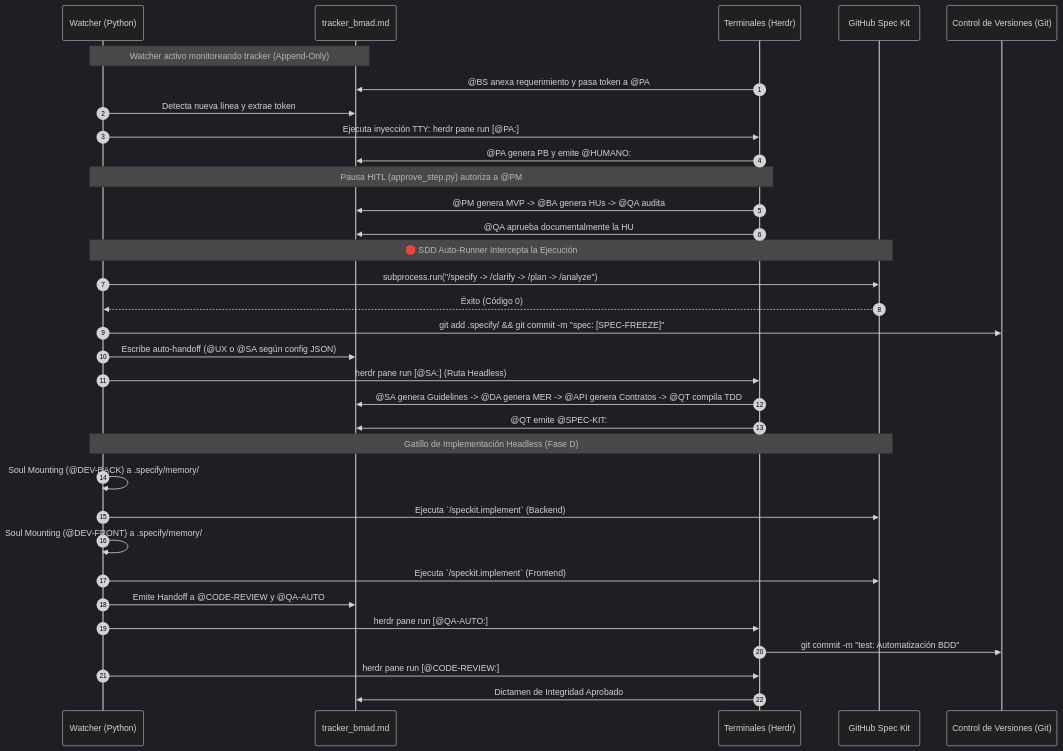
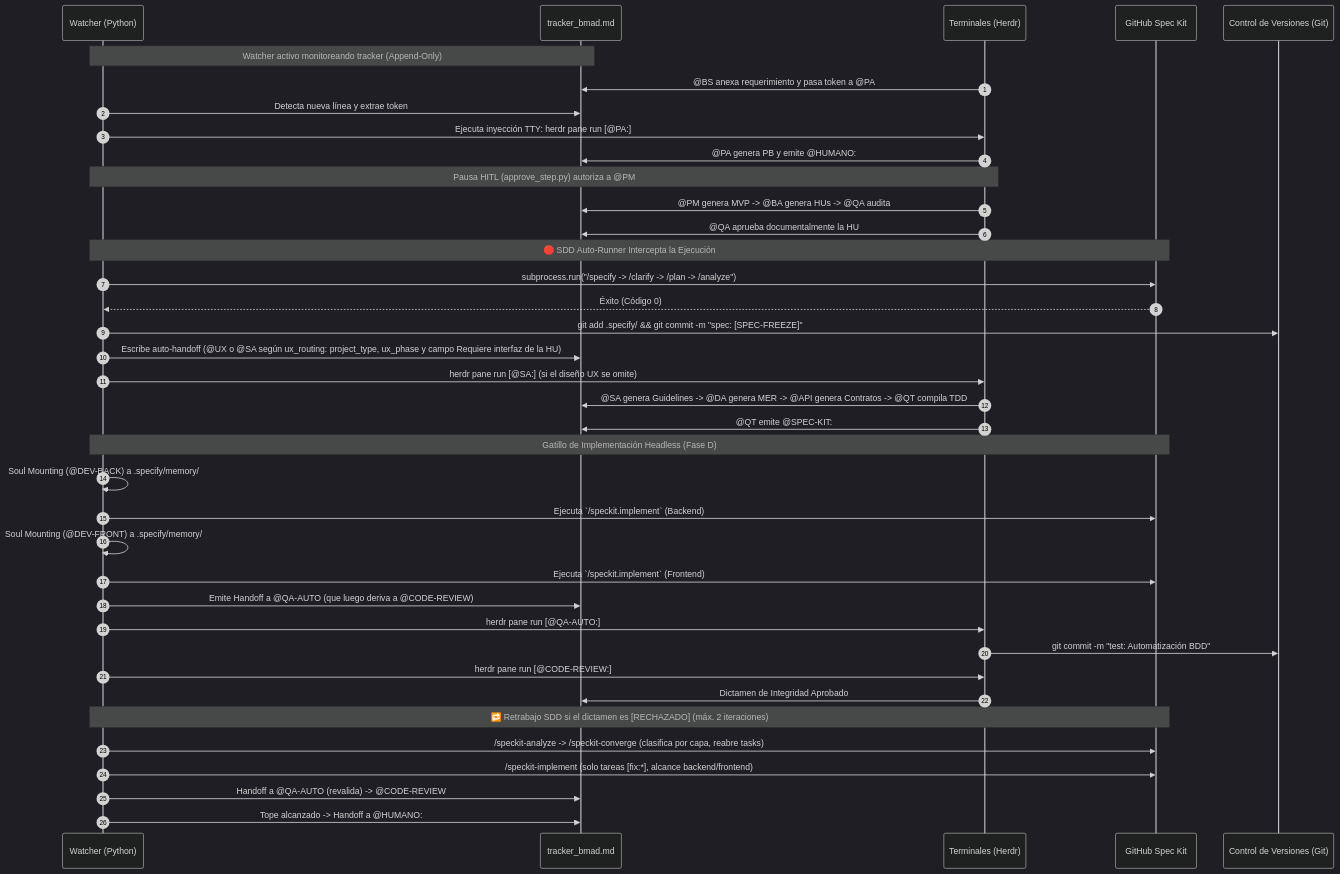
The second of 3 diagrams in ARCHITECTURE.md (pauloravicaceres/template-bmad), drawn with Mermaid (dark theme) before and after one commit. The commit also changed other lines of this file and 109 other files, not shown here.

````diff
--- a/ARCHITECTURE.md
+++ b/ARCHITECTURE.md
@@ -88,42 +88,48 @@
 ```mermaid
 sequenceDiagram
     autonumber
     participant W as Watcher (Python)
     participant T as tracker_bmad.md
     participant Herdr as Terminales (Herdr)
     participant S as GitHub Spec Kit
     participant G as Control de Versiones (Git)
 
     Note over W, T: Watcher activo monitoreando tracker (Append-Only)
     Herdr->>T: @BS anexa requerimiento y pasa token a @PA
     
     W->>T: Detecta nueva línea y extrae token
     W->>Herdr: Ejecuta inyección TTY: herdr pane run [@PA:]
     Herdr->>T: @PA genera PB y emite @HUMANO:
     
     Note over W, Herdr: Pausa HITL (approve_step.py) autoriza a @PM
     Herdr->>T: @PM genera MVP -> @BA genera HUs -> @QA audita
     Herdr->>T: @QA aprueba documentalmente la HU
     
     Note over W, S: 🛑 SDD Auto-Runner Intercepta la Ejecución
     W->>S: subprocess.run("/specify -> /clarify -> /plan -> /analyze")
     S-->>W: Éxito (Código 0)
     W->>G: git add .specify/ && git commit -m "spec: [SPEC-FREEZE]"
-    W->>T: Escribe auto-handoff (@UX o @SA según config JSON)
+    W->>T: Escribe auto-handoff (@UX o @SA según ux_routing: project_type, ux_phase y campo Requiere interfaz de la HU)
     
-    W->>Herdr: herdr pane run [@SA:] (Ruta Headless)
+    W->>Herdr: herdr pane run [@SA:] (si el diseño UX se omite)
     Herdr->>T: @SA genera Guidelines -> @DA genera MER -> @API genera Contratos -> @QT compila TDD
     Herdr->>T: @QT emite @SPEC-KIT:
     
     Note over W, S: Gatillo de Implementación Headless (Fase D)
     W->>W: Soul Mounting (@DEV-BACK) a .specify/memory/
     W->>S: Ejecuta `/speckit.implement` (Backend)
     W->>W: Soul Mounting (@DEV-FRONT) a .specify/memory/
     W->>S: Ejecuta `/speckit.implement` (Frontend)
-    W->>T: Emite Handoff a @CODE-REVIEW y @QA-AUTO
+    W->>T: Emite Handoff a @QA-AUTO (que luego deriva a @CODE-REVIEW)
 
     W->>Herdr: herdr pane run [@QA-AUTO:]
     Herdr->>G: git commit -m "test: Automatización BDD"
     W->>Herdr: herdr pane run [@CODE-REVIEW:]
     Herdr->>T: Dictamen de Integridad Aprobado
+
+    Note over W, S: 🔁 Retrabajo SDD si el dictamen es [RECHAZADO] (máx. 2 iteraciones)
+    W->>S: /speckit-analyze -> /speckit-converge (clasifica por capa, reabre tasks)
+    W->>S: /speckit-implement (solo tareas [fix:*], alcance backend/frontend)
+    W->>T: Handoff a @QA-AUTO (revalida) -> @CODE-REVIEW
+    W->>T: Tope alcanzado -> Handoff a @HUMANO:
 ```
````
